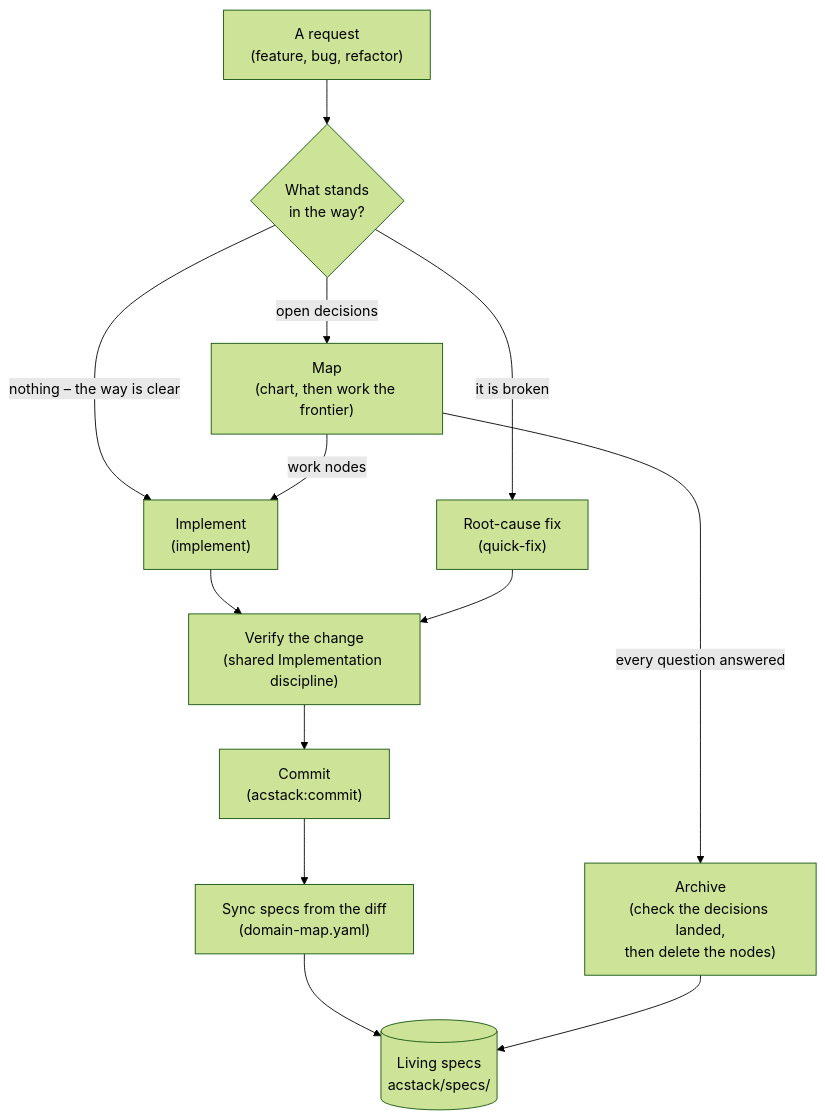
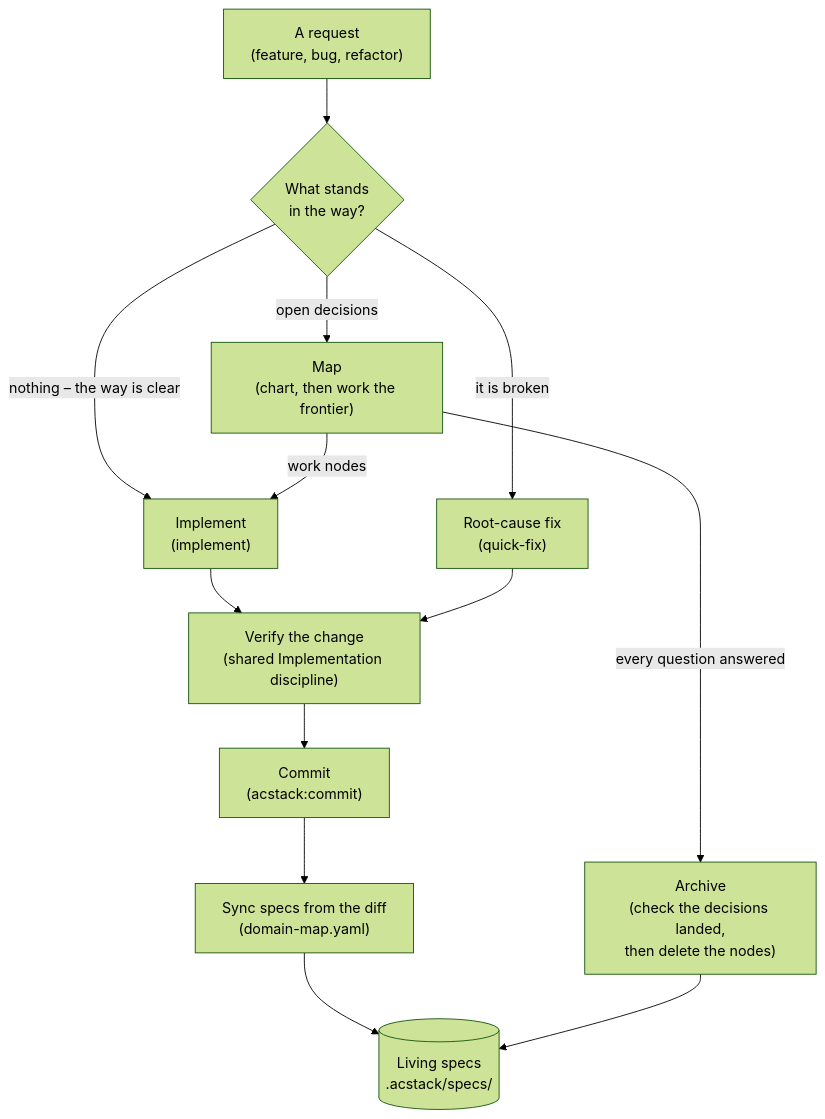
One commit to ac8318740/acstack changed the first of 2 diagrams in docs/workflows.md. Above: the diagram before and after it, drawn with Mermaid (forest theme). The commit also changed other lines of this file and 208 other files, not shown here.

````diff
--- a/docs/workflows.md
+++ b/docs/workflows.md
@@ -13,15 +13,15 @@
 ```mermaid
 flowchart TD
     R["A request<br/>(feature, bug, refactor)"] --> Q{"What stands<br/>in the way?"}
     Q -->|"nothing – the way is clear"| I["Implement<br/>(implement)"]
     Q -->|"it is broken"| F["Root-cause fix<br/>(quick-fix)"]
     Q -->|"open decisions"| M["Map<br/>(chart, then work the frontier)"]
     M -->|"work nodes"| I
     I --> T["Verify the change<br/>(shared Implementation discipline)"]
     F --> T
     T --> C["Commit<br/>(acstack:commit)"]
     C --> Y["Sync specs from the diff<br/>(domain-map.yaml)"]
-    Y --> L[("Living specs<br/>acstack/specs/")]
+    Y --> L[("Living specs<br/>.acstack/specs/")]
     M -->|"every question answered"| A["Archive<br/>(check the decisions landed,<br/>then delete the nodes)"]
     A --> L
 ```
````
